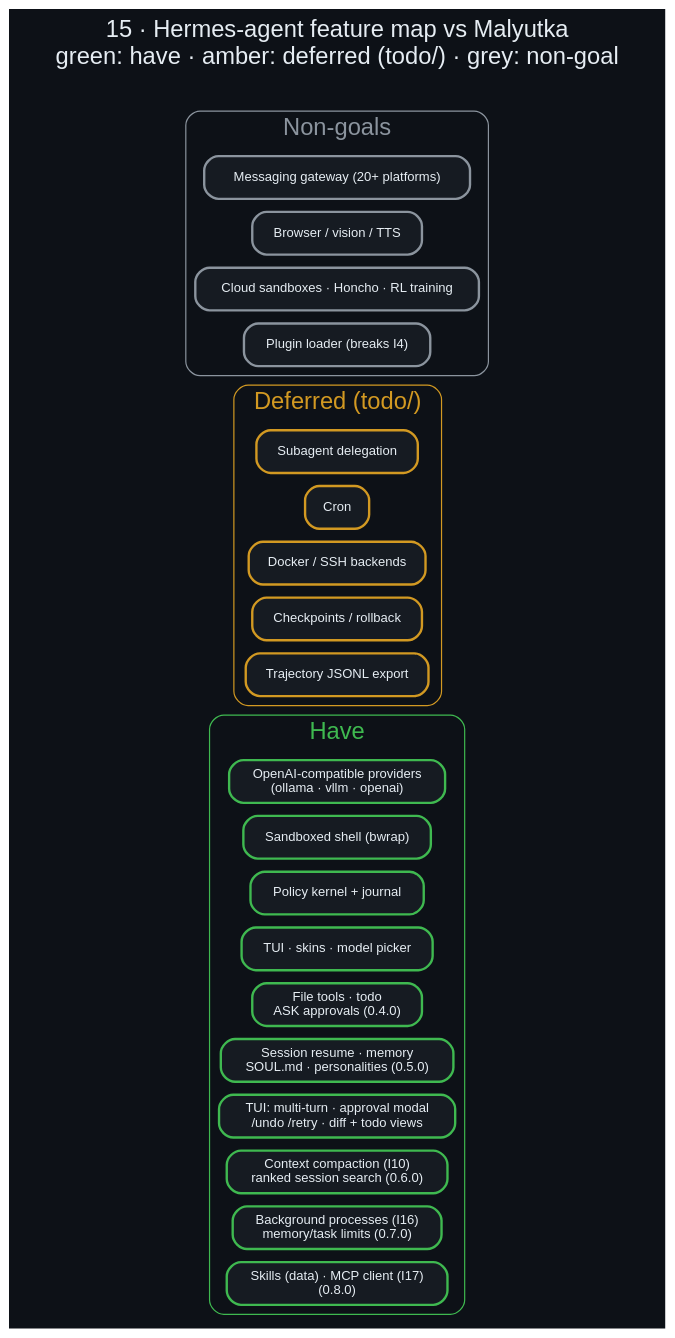
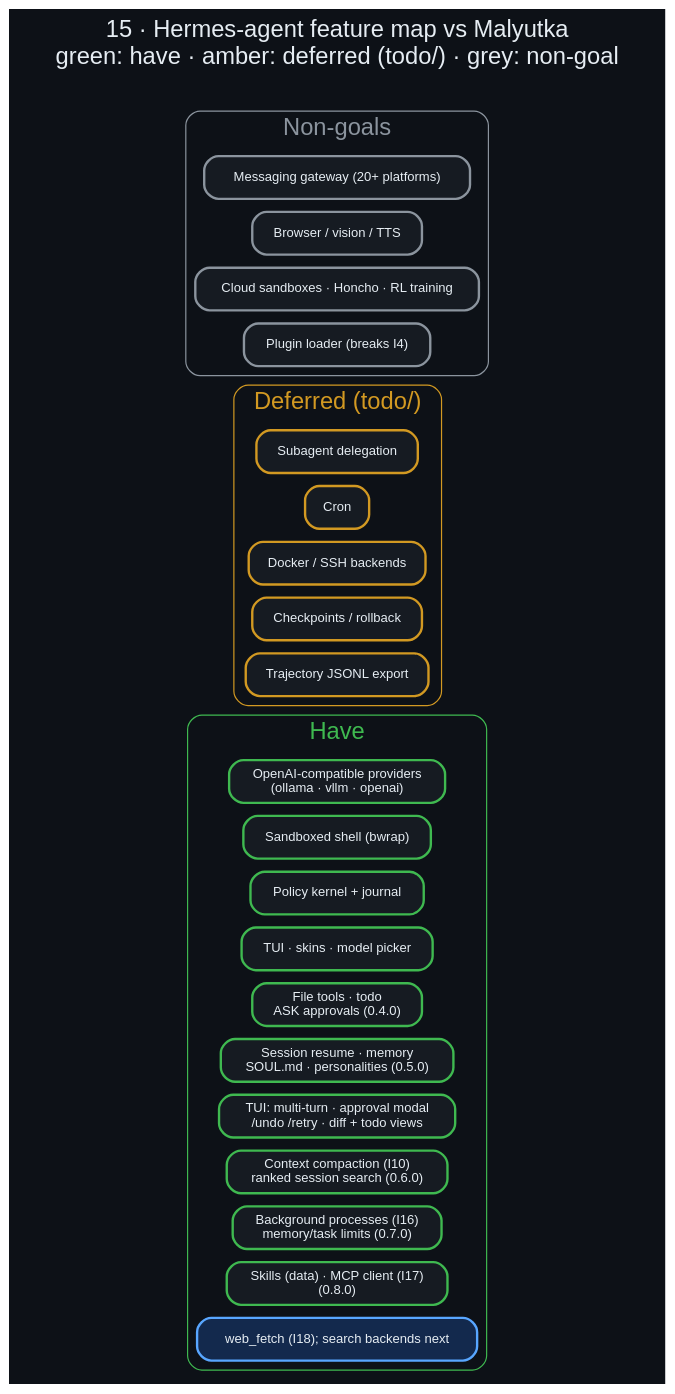
One commit to danindiana/malyutka changed the diagram in docs/diagrams/15_hermes_gap_map.dot. Above: the diagram before and after it, drawn with Graphviz. The commit also changed 45 other files, not shown here.

First line of the commit message:
feat: web_fetch through a sandboxed TLS helper (SPEC-011, part 1)

```diff
--- a/docs/diagrams/15_hermes_gap_map.dot
+++ b/docs/diagrams/15_hermes_gap_map.dot
@@ -1,30 +1,31 @@
 digraph gap {
     graph [bgcolor="#0d1117", fontname="Helvetica", fontcolor="#e6edf3", labelloc="t", fontsize=20, rankdir=LR,
            label="15 · Hermes-agent feature map vs Malyutka\ngreen: have · amber: deferred (todo/) · grey: non-goal\n ", nodesep=0.15, ranksep=0.7];
     node  [fontname="Helvetica", fontcolor="#e6edf3", color="#30363d", style="filled,rounded", shape=box, penwidth=2, margin="0.22,0.14", fillcolor="#161b22", fontsize=12];
     edge  [color="#8b949e", fontname="Helvetica", fontcolor="#adbac7", penwidth=1.5, arrowsize=0.85, fontsize=10];
     node [fontsize=11, margin="0.15,0.08"];
 
     subgraph cluster_have { label="Have"; fontcolor="#3fb950"; color="#3fb950"; style="rounded";
       h1 [label="OpenAI-compatible providers\n(ollama · vllm · openai)", color="#3fb950"];
       h2 [label="Sandboxed shell (bwrap)", color="#3fb950"];
       h3 [label="Policy kernel + journal", color="#3fb950"];
       h4 [label="TUI · skins · model picker", color="#3fb950"];
       h5 [label="File tools · todo\nASK approvals (0.4.0)", color="#3fb950"];
       h6 [label="Session resume · memory\nSOUL.md · personalities (0.5.0)", color="#3fb950"];
       h7 [label="TUI: multi-turn · approval modal\n/undo /retry · diff + todo views", color="#3fb950"];
       h8 [label="Context compaction (I10)\nranked session search (0.6.0)", color="#3fb950"];
       h9 [label="Background processes (I16)\nmemory/task limits (0.7.0)", color="#3fb950"];
-      h10 [label="Skills (data) · MCP client (I17)\n(0.8.0)", color="#3fb950"]; }
+      h10 [label="Skills (data) · MCP client (I17)\n(0.8.0)", color="#3fb950"];
+      h11 [label="web_fetch (I18); search backends next", color="#58a6ff", fillcolor="#13294d"]; }
     subgraph cluster_def { label="Deferred (todo/)"; fontcolor="#d29922"; color="#d29922"; style="rounded";
       d5 [label="Subagent delegation", color="#d29922"];
       d6 [label="Cron", color="#d29922"];
       d7 [label="Docker / SSH backends", color="#d29922"];
       d8 [label="Checkpoints / rollback", color="#d29922"];
       d9 [label="Trajectory JSONL export", color="#d29922"]; }
     subgraph cluster_no { label="Non-goals"; fontcolor="#8b949e"; color="#8b949e"; style="rounded";
       g1 [label="Messaging gateway (20+ platforms)", color="#8b949e"];
       g2 [label="Browser / vision / TTS", color="#8b949e"];
       g3 [label="Cloud sandboxes · Honcho · RL training", color="#8b949e"];
       g4 [label="Plugin loader (breaks I4)", color="#8b949e"]; }
 }
```
